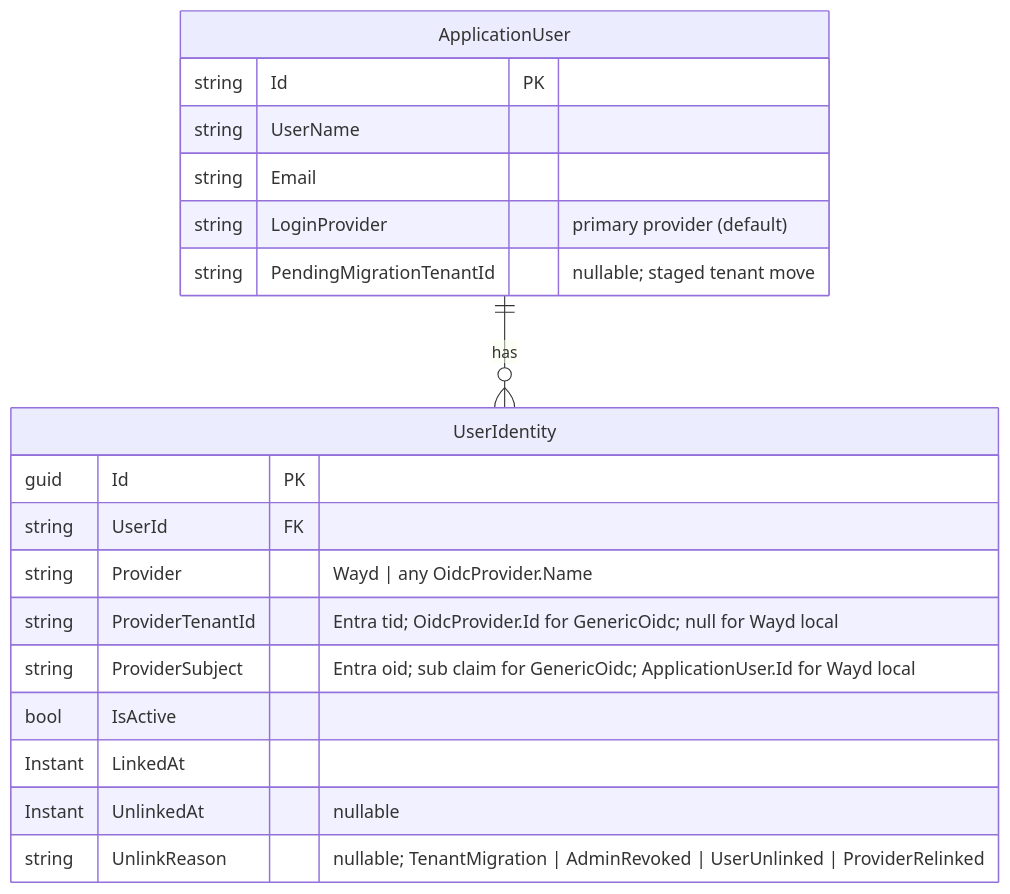
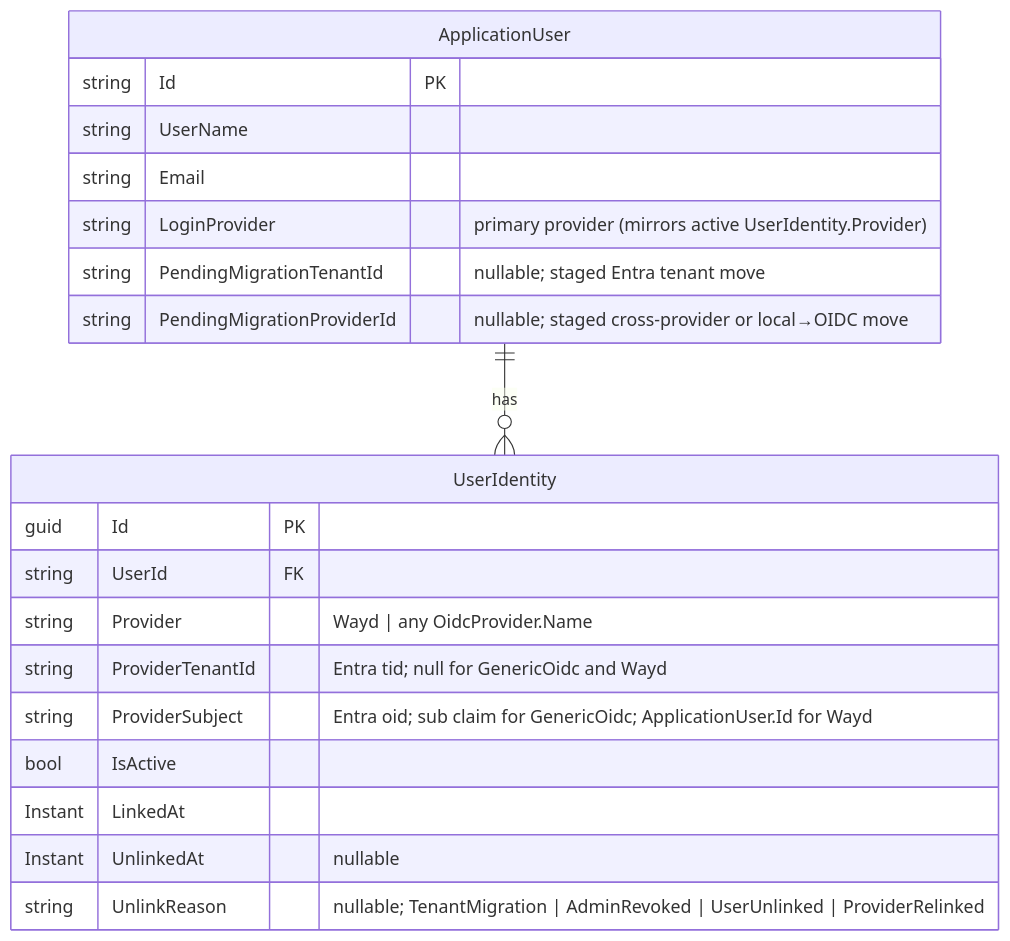
The second of 2 diagrams in docs/contributing/configuration.mdx (destacey/Moda), drawn with Mermaid before and after one commit. The commit also changed other lines of this file and 1 other file, not shown here.

First line of the commit message:
Clarify and expand identity migration documentation

````diff
--- a/docs/contributing/configuration.mdx
+++ b/docs/contributing/configuration.mdx
@@ -190,22 +190,23 @@
 ```mermaid
 erDiagram
     ApplicationUser ||--o{ UserIdentity : has
     ApplicationUser {
         string Id PK
         string UserName
         string Email
-        string LoginProvider "primary provider (default)"
-        string PendingMigrationTenantId "nullable; staged tenant move"
+        string LoginProvider "primary provider (mirrors active UserIdentity.Provider)"
+        string PendingMigrationTenantId "nullable; staged Entra tenant move"
+        string PendingMigrationProviderId "nullable; staged cross-provider or local→OIDC move"
     }
     UserIdentity {
         guid Id PK
         string UserId FK
         string Provider "Wayd | any OidcProvider.Name"
-        string ProviderTenantId "Entra tid; OidcProvider.Id for GenericOidc; null for Wayd local"
-        string ProviderSubject "Entra oid; sub claim for GenericOidc; ApplicationUser.Id for Wayd local"
+        string ProviderTenantId "Entra tid; null for GenericOidc and Wayd"
+        string ProviderSubject "Entra oid; sub claim for GenericOidc; ApplicationUser.Id for Wayd"
         bool IsActive
         Instant LinkedAt
         Instant UnlinkedAt "nullable"
         string UnlinkReason "nullable; TenantMigration | AdminRevoked | UserUnlinked | ProviderRelinked"
     }
 ```
````
